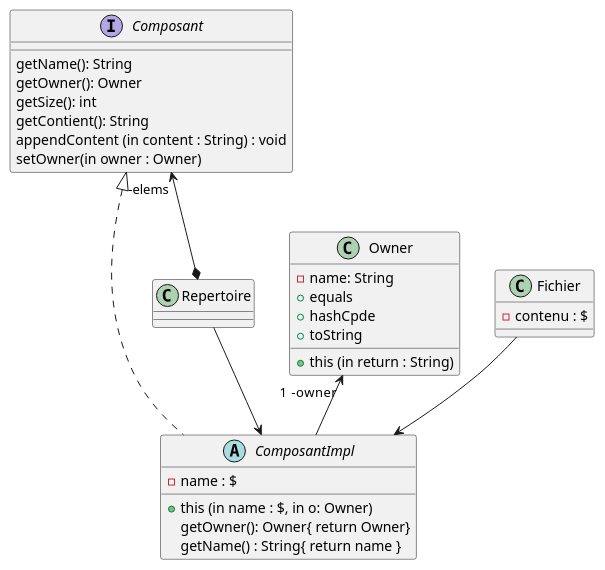
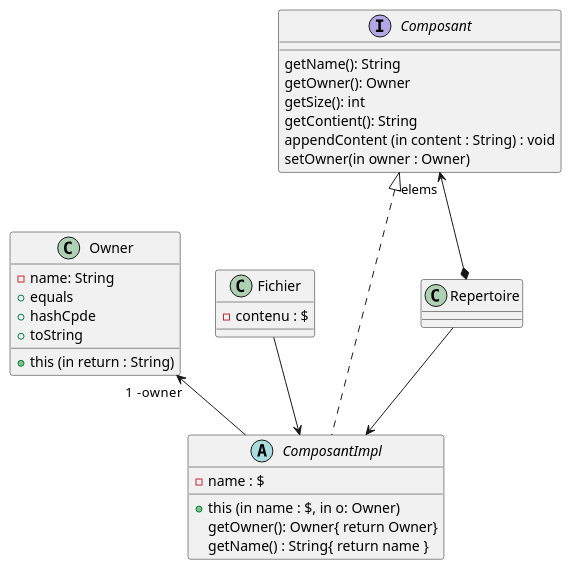
Before and after one commit to mennio/MAPC1: the diagram in Composant.puml, drawn with PlantUML.

```diff
--- a/Composant.puml
+++ b/Composant.puml
@@ -1,49 +1,47 @@
 @startuml
 'https://plantuml.com/component-diagram
 
 
-interface Composant
-{
- getName(): String
- getOwner(): Owner
- getSize(): int
- getContient(): String
- appendContent (in content : String) : void
- setOwner(in owner : Owner)
-}
+
 
 abstract ComposantImpl
 {
    - name : $
 
    + this (in name : $, in o: Owner)
    getOwner(): Owner{ return Owner}
    getName() : String{ return name }
 }
 
 class Owner {
 -name: String
 +this (in return : String)
 +equals
 +hashCpde
 +toString
 
 }
 
 class Fichier{
 -contenu : $
 }
 class Repertoire{}
+interface Composant
+{
+ getName(): String
+ getOwner(): Owner
+ getSize(): int
+ getContient(): String
+ appendContent (in content : String) : void
+ setOwner(in owner : Owner)
+}
 
 
 Fichier --> ComposantImpl
 Repertoire --> ComposantImpl
 Composant <|.. ComposantImpl
 
 Composant  "-elems " <--* Repertoire
-
-
-
-  Owner "1  -owner" <--   ComposantImpl
+Owner "1  -owner" <--   ComposantImpl
 
 @enduml
```
